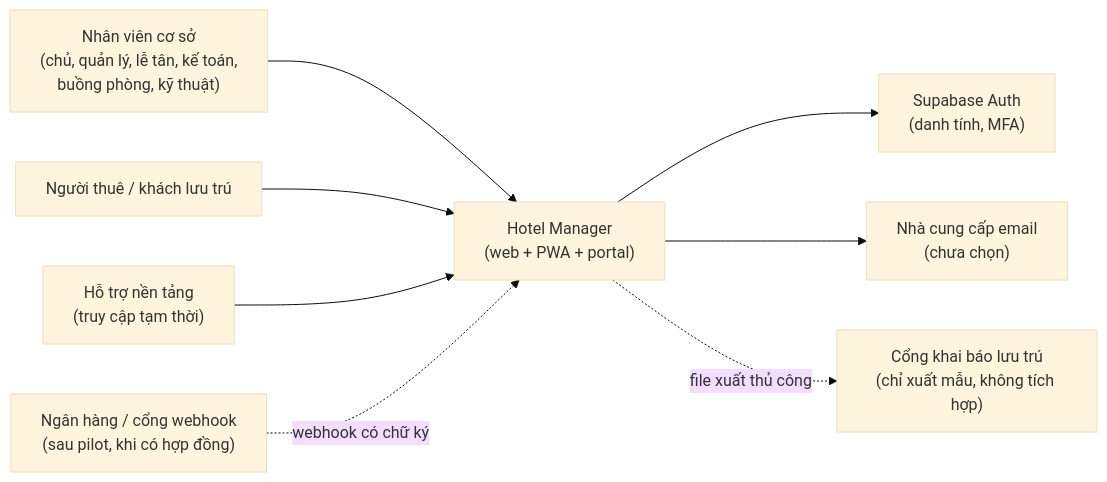
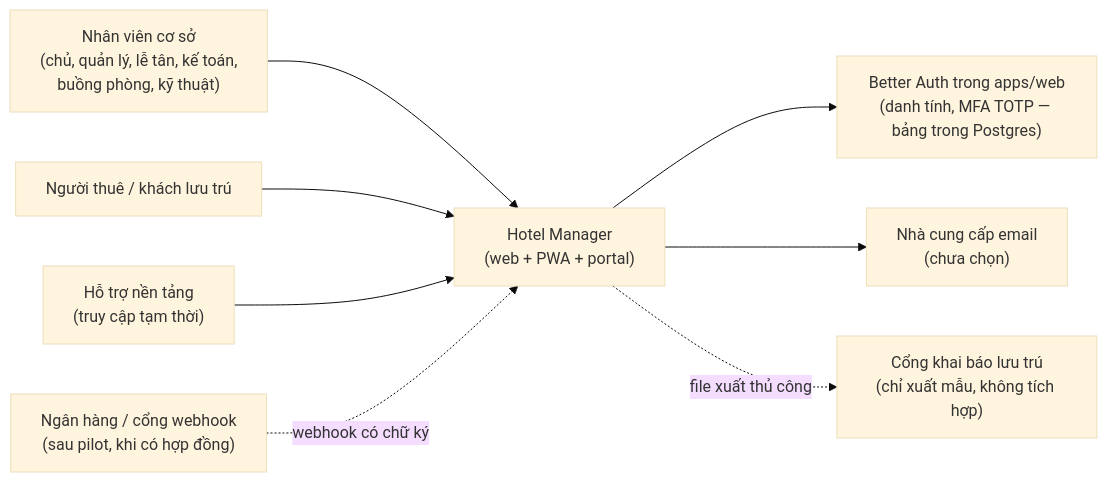
The first of 2 diagrams in docs/design/ARCHITECTURE.md (seeker19110/hotel-manager), drawn with Mermaid (base theme) before and after one commit. The commit also changed other lines of this file and 10 other files, not shown here.

Commit message:
docs(adr): ADR-0002 tự host — Better Auth, SeaweedFS, pgBackRest, Caddy, SMTP relay; cập nhật thiết kế/SPEC/PLAN

````diff
--- a/docs/design/ARCHITECTURE.md
+++ b/docs/design/ARCHITECTURE.md
@@ -8,18 +8,18 @@
 ```mermaid
 flowchart LR
   staff["Nhân viên cơ sở<br/>(chủ, quản lý, lễ tân, kế toán,<br/>buồng phòng, kỹ thuật)"]
   tenant["Người thuê / khách lưu trú"]
   support["Hỗ trợ nền tảng<br/>(truy cập tạm thời)"]
   sys["Hotel Manager<br/>(web + PWA + portal)"]
-  auth["Supabase Auth<br/>(danh tính, MFA)"]
+  auth["Better Auth trong apps/web<br/>(danh tính, MFA TOTP — bảng trong Postgres)"]
   mail["Nhà cung cấp email<br/>(chưa chọn)"]
   bank["Ngân hàng / cổng webhook<br/>(sau pilot, khi có hợp đồng)"]
   gov["Cổng khai báo lưu trú<br/>(chỉ xuất mẫu, không tích hợp)"]
   staff --> sys
   tenant --> sys
   support --> sys
   sys --> auth
   sys --> mail
   bank -. webhook có chữ ký .-> sys
   sys -. file xuất thủ công .-> gov
 ```
````
